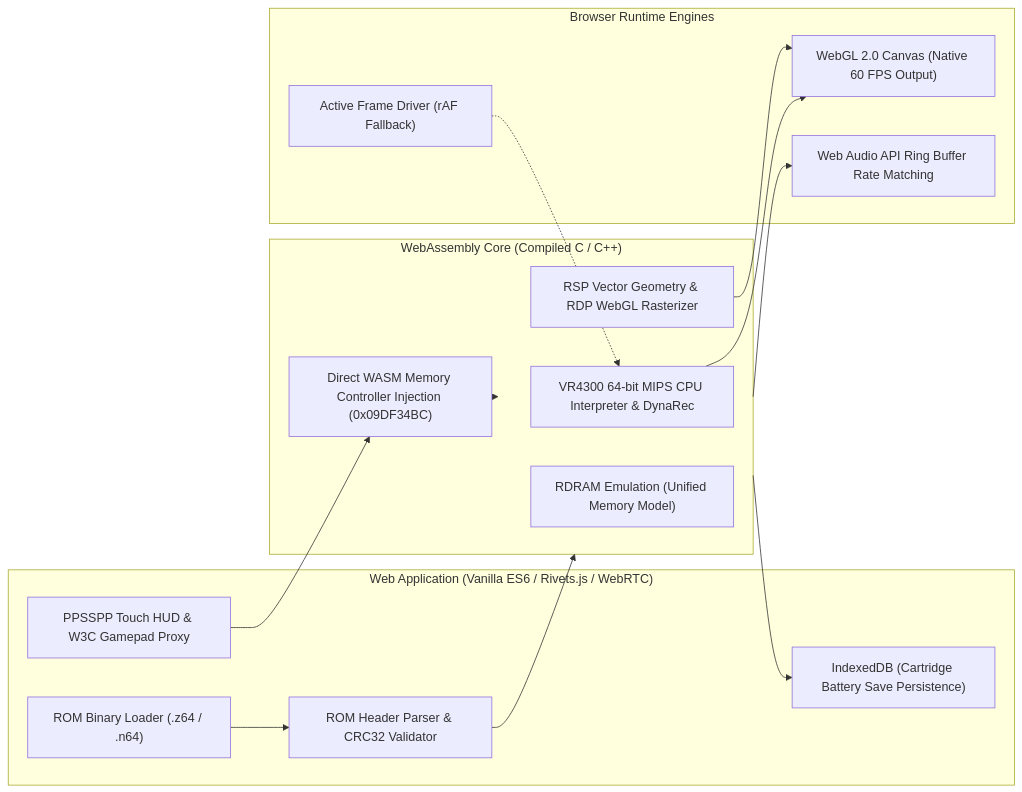
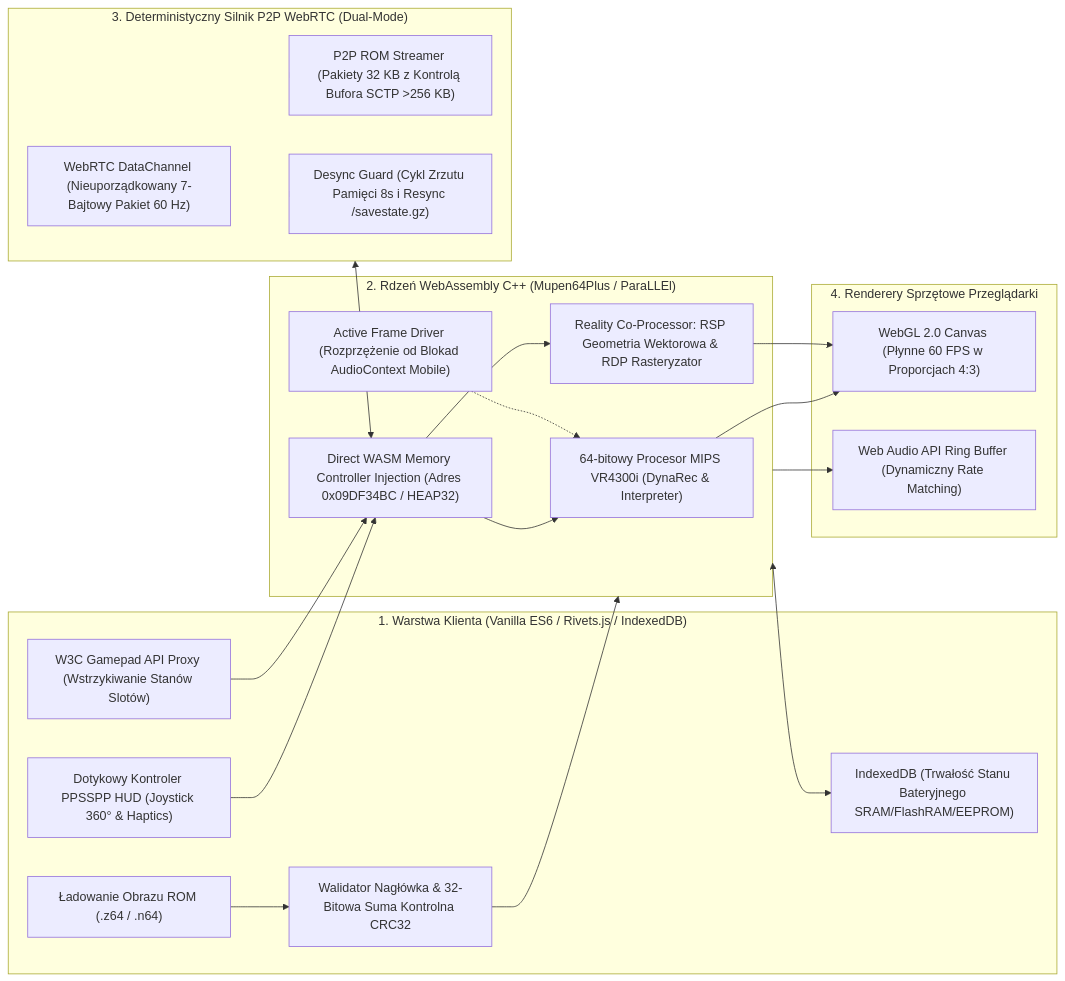
One commit to Gzyms69/ROMHub changed the diagram in README.md. Above: the diagram before and after it, drawn with Mermaid.

Commit message:
docs(architecture): modernize Mermaid architecture diagram

````diff
--- a/README.md
+++ b/README.md
@@ -44,29 +44,36 @@
 ```mermaid
 flowchart LR
-    subgraph Client_App["Web Application (Vanilla ES6 / Rivets.js / WebRTC)"]
-        ROM["ROM Binary Loader (.z64 / .n64)"]
-        Parser["ROM Header Parser & CRC32 Validator"]
-        Storage["IndexedDB (Cartridge Battery Save Persistence)"]
-        HUD["PPSSPP Touch HUD & W3C Gamepad Proxy"]
+    subgraph Client_App["1. Warstwa Klienta (Vanilla ES6 / Rivets.js / IndexedDB)"]
+        ROM["Ładowanie Obrazu ROM (.z64 / .n64)"]
+        CRC["Walidator Nagłówka & 32-Bitowa Suma Kontrolna CRC32"]
+        Storage["IndexedDB (Trwałość Stanu Bateryjnego SRAM/FlashRAM/EEPROM)"]
+        TouchHUD["Dotykowy Kontroler PPSSPP HUD (Joystick 360° & Haptics)"]
+        GamepadProxy["W3C Gamepad API Proxy (Wstrzykiwanie Stanów Slotów)"]
     end
 
-    subgraph WASM_Core["WebAssembly Core (Compiled C / C++)"]
-        CPU["VR4300 64-bit MIPS CPU Interpreter & DynaRec"]
-        RSP["RSP Vector Geometry & RDP WebGL Rasterizer"]
-        Memory["RDRAM Emulation (Unified Memory Model)"]
-        Inject["Direct WASM Memory Controller Injection (0x09DF34BC)"]
+    subgraph WASM_Core["2. Rdzeń WebAssembly C++ (Mupen64Plus / ParaLLEl)"]
+        CPU["64-bitowy Procesor MIPS VR4300i (DynaRec & Interpreter)"]
+        RCP["Reality Co-Processor: RSP Geometria Wektorowa & RDP Rasteryzator"]
+        DirectMemory["Direct WASM Memory Controller Injection (Adres 0x09DF34BC / HEAP32)"]
+        ActiveDriver["Active Frame Driver (Rozprzężenie od Blokad AudioContext Mobile)"]
     end
 
-    subgraph Audio_Visual["Browser Runtime Engines"]
-        Canvas["WebGL 2.0 Canvas (Native 60 FPS Output)"]
-        Audio["Web Audio API Ring Buffer Rate Matching"]
-        FrameDriver["Active Frame Driver (rAF Fallback)"]
+    subgraph Multiplayer_Netplay["3. Deterministyczny Silnik P2P WebRTC (Dual-Mode)"]
+        DataChannel["WebRTC DataChannel (Nieuporządkowany 7-Bajtowy Pakiet 60 Hz)"]
+        Chunker["P2P ROM Streamer (Pakiety 32 KB z Kontrolą Bufora SCTP >256 KB)"]
+        DesyncGuard["Desync Guard (Cykl Zrzutu Pamięci 8s i Resync /savestate.gz)"]
     end
 
-    ROM --> Parser --> WASM_Core
-    HUD --> Inject --> WASM_Core
-    WASM_Core --> Storage
-    CPU & RSP --> Canvas
+    subgraph Output["4. Renderery Sprzętowe Przeglądarki"]
+        WebGL["WebGL 2.0 Canvas (Płynne 60 FPS w Proporcjach 4:3)"]
+        Audio["Web Audio API Ring Buffer (Dynamiczny Rate Matching)"]
+    end
+
+    ROM --> CRC --> WASM_Core
+    TouchHUD & GamepadProxy --> DirectMemory --> CPU & RCP
+    WASM_Core <--> Storage
+    Multiplayer_Netplay <--> DirectMemory & Chunker & DesyncGuard
+    CPU & RCP --> WebGL
     WASM_Core --> Audio
-    FrameDriver -.-> CPU
+    ActiveDriver -.-> CPU
 ```
````
